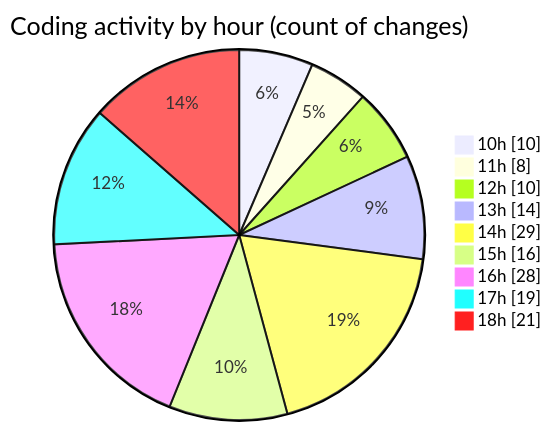
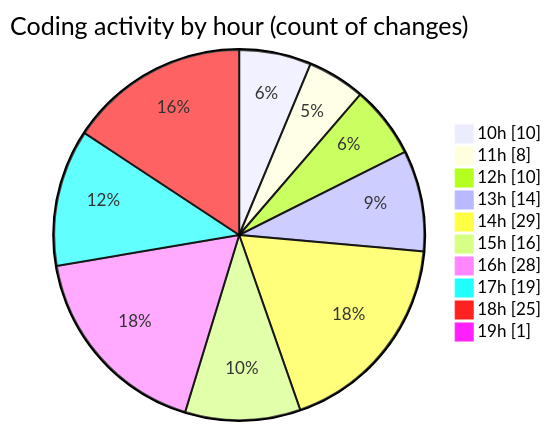
One commit to nxtqubesakshisongat/code-tracking changed the second of 2 diagrams in 2025-07-29/nxtqube_webapp/README.md. Above: the diagram before and after it, drawn with Mermaid. The commit also changed other lines of this file and 1 other file, not shown here.

````diff
--- a/2025-07-29/nxtqube_webapp/README.md
+++ b/2025-07-29/nxtqube_webapp/README.md
@@ -40,13 +40,14 @@
 ```mermaid
 pie showData
 title Coding activity by hour (count of changes)
 "10h" : 10
 "11h" : 8
 "12h" : 10
 "13h" : 14
 "14h" : 29
 "15h" : 16
 "16h" : 28
 "17h" : 19
-"18h" : 21
+"18h" : 25
+"19h" : 1
 ```
````
